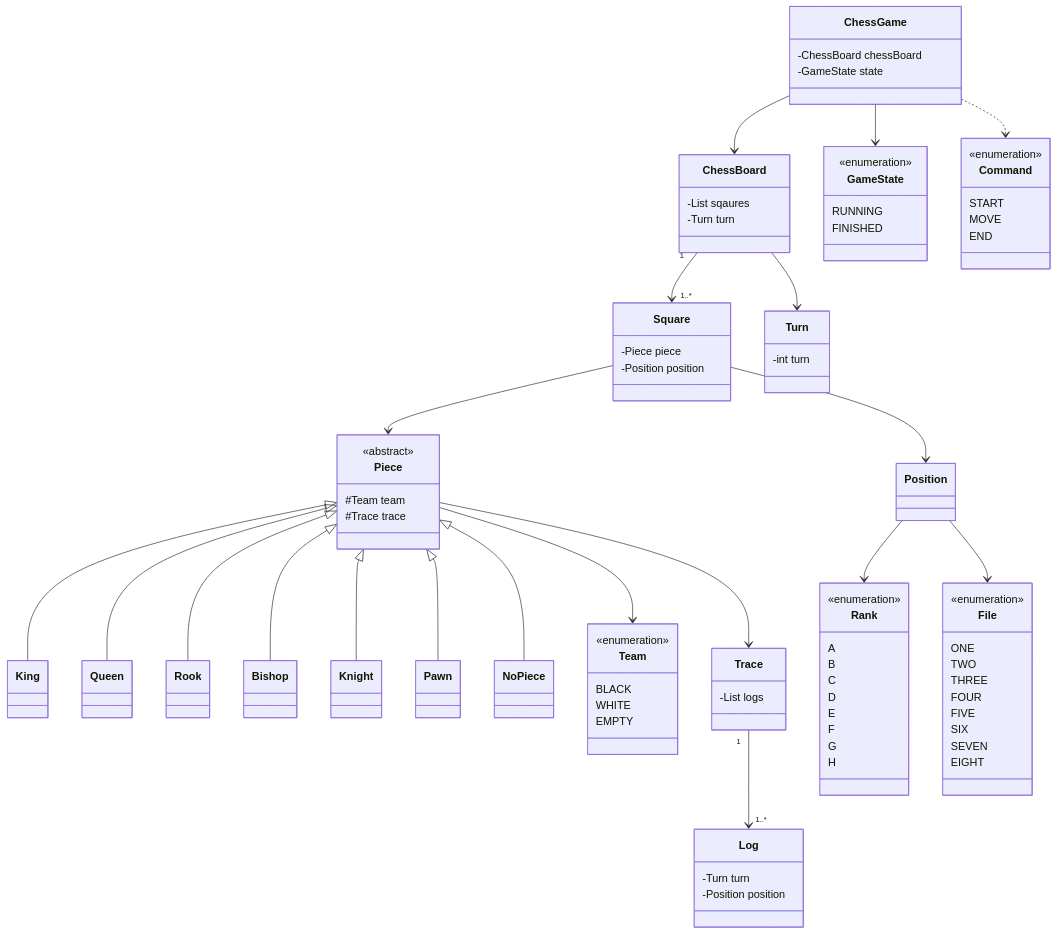
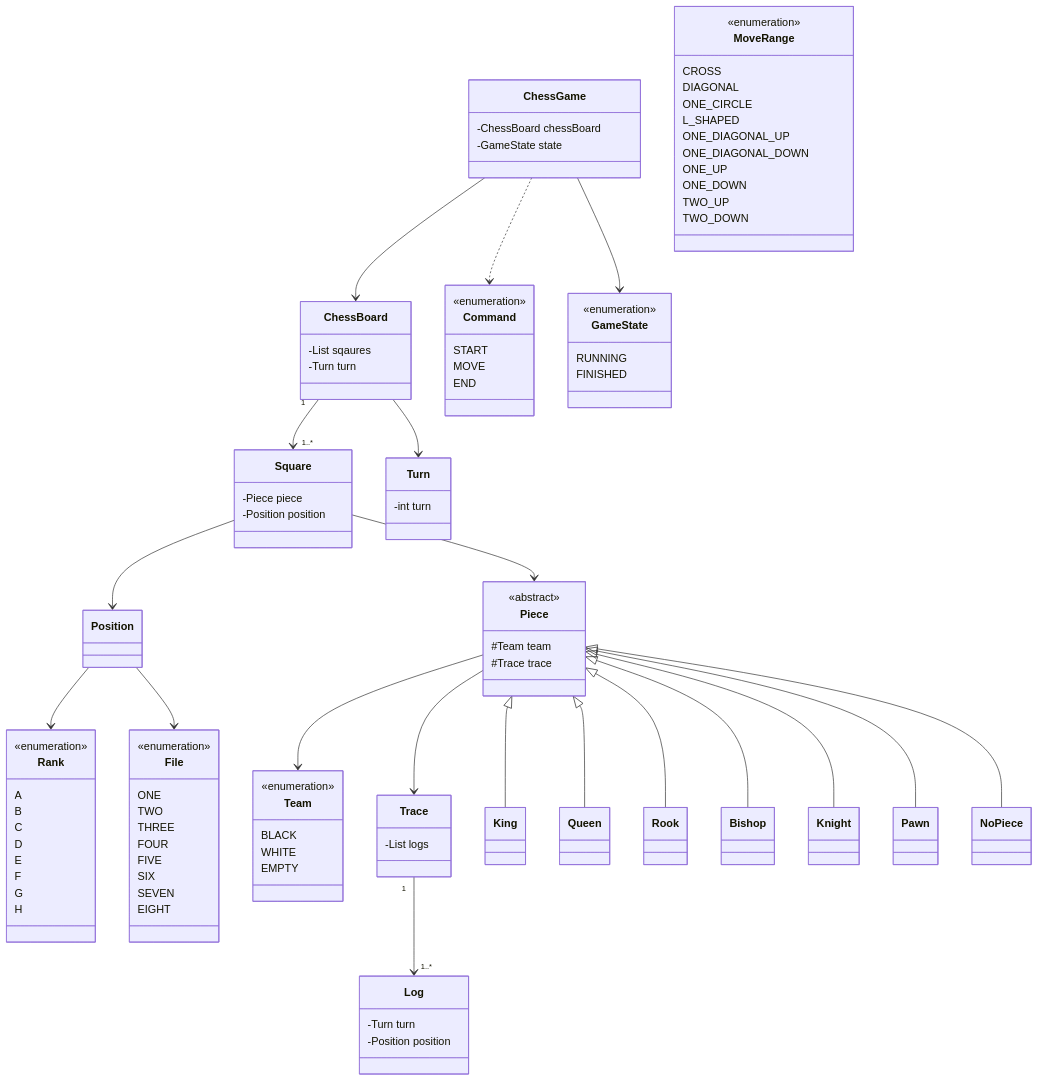
One commit to woowacourse/java-chess changed the second of 4 diagrams in docs/README.md. Above: the diagram before and after it, drawn with Mermaid. The commit also changed other lines of this file, not shown here.

```diff
--- a/docs/README.md
+++ b/docs/README.md
@@ -77,14 +77,17 @@
   #Team team
   #Trace trace
 }
-class King 
-class Queen
-class Rook
-class Bishop
-class Knight
-class Pawn
-class NoPiece
-class Position
+
+King 
+Queen
+Rook
+Bishop
+Knight
+Pawn
+NoPiece
+
+Position
+
 class Rank{
 <<enumeration>>
 A
@@ -107,6 +110,19 @@
 SIX
 SEVEN
 EIGHT
+}
+class MoveRange{
+    <<enumeration>>
+    CROSS
+    DIAGONAL
+    ONE_CIRCLE
+    L_SHAPED
+    ONE_DIAGONAL_UP
+    ONE_DIAGONAL_DOWN
+    ONE_UP
+    ONE_DOWN
+    TWO_UP
+    TWO_DOWN
 }
 class Command{
 <<enumeration>>
```
